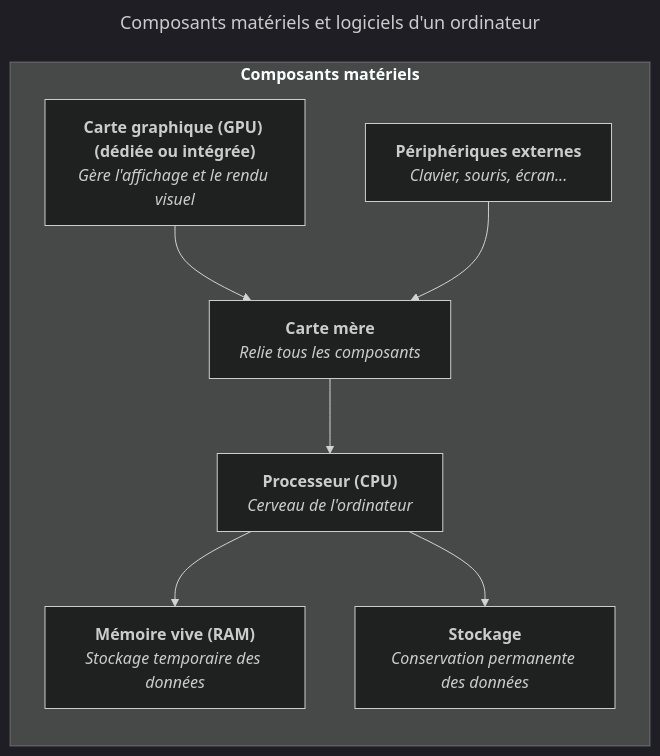
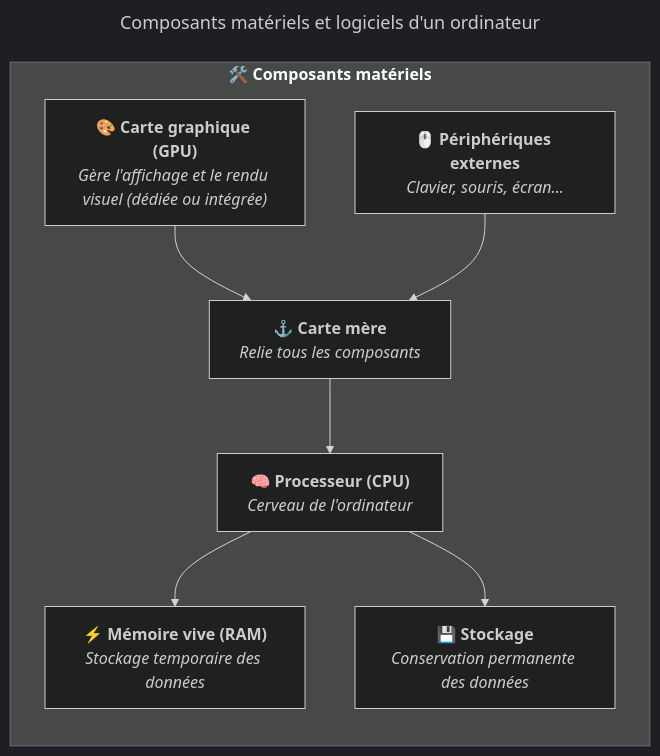
The diagram in src/content/docs/03-composants-materiels-et-logiciels-dun-ordinateur/07-peripheriques-externes.mdx (heig-vd-upinfo-course/heig-vd-upinfo-course), drawn with Mermaid (dark theme) before and after one commit. The commit also changed 26 other files, not shown here.

````diff
--- a/src/content/docs/03-composants-materiels-et-logiciels-dun-ordinateur/07-peripheriques-externes.mdx
+++ b/src/content/docs/03-composants-materiels-et-logiciels-dun-ordinateur/07-peripheriques-externes.mdx
@@ -53,40 +53,40 @@
 ```mermaid
 ---
 title: Composants matériels et logiciels d'un ordinateur
 ---
 flowchart
   CPU["`
-    **Processeur (CPU)**
+    **🧠 Processeur (CPU)**
     _Cerveau de l'ordinateur_
   `"]
   RAM["`
-    **Mémoire vive (RAM)**
+    **⚡ Mémoire vive (RAM)**
     _Stockage temporaire des données_
   `"]
   Storage["`
-    **Stockage**
+    **💾 Stockage**
     _Conservation permanente des données_
   `"]
   Motherboard["`
-    **Carte mère**
+    **⚓ Carte mère**
     _Relie tous les composants_
   `"]
   GPU["`
-    **Carte graphique (GPU) (dédiée ou intégrée)**
-    _Gère l'affichage et le rendu visuel_
+    **🎨 Carte graphique (GPU)**
+    _Gère l'affichage et le rendu visuel (dédiée ou intégrée)_
   `"]
   Peripherals["`
-    **Périphériques externes**
+    **🖱️ Périphériques externes**
     _Clavier, souris, écran..._
   `"]
 
-  subgraph Hardware["`**Composants matériels**`"]
+  subgraph Hardware["`**🛠️ Composants matériels**`"]
     direction TB
 
     CPU --> RAM
     CPU --> Storage
     Motherboard --> CPU
     GPU --> Motherboard
     Peripherals --> Motherboard
   end
 ```
````
